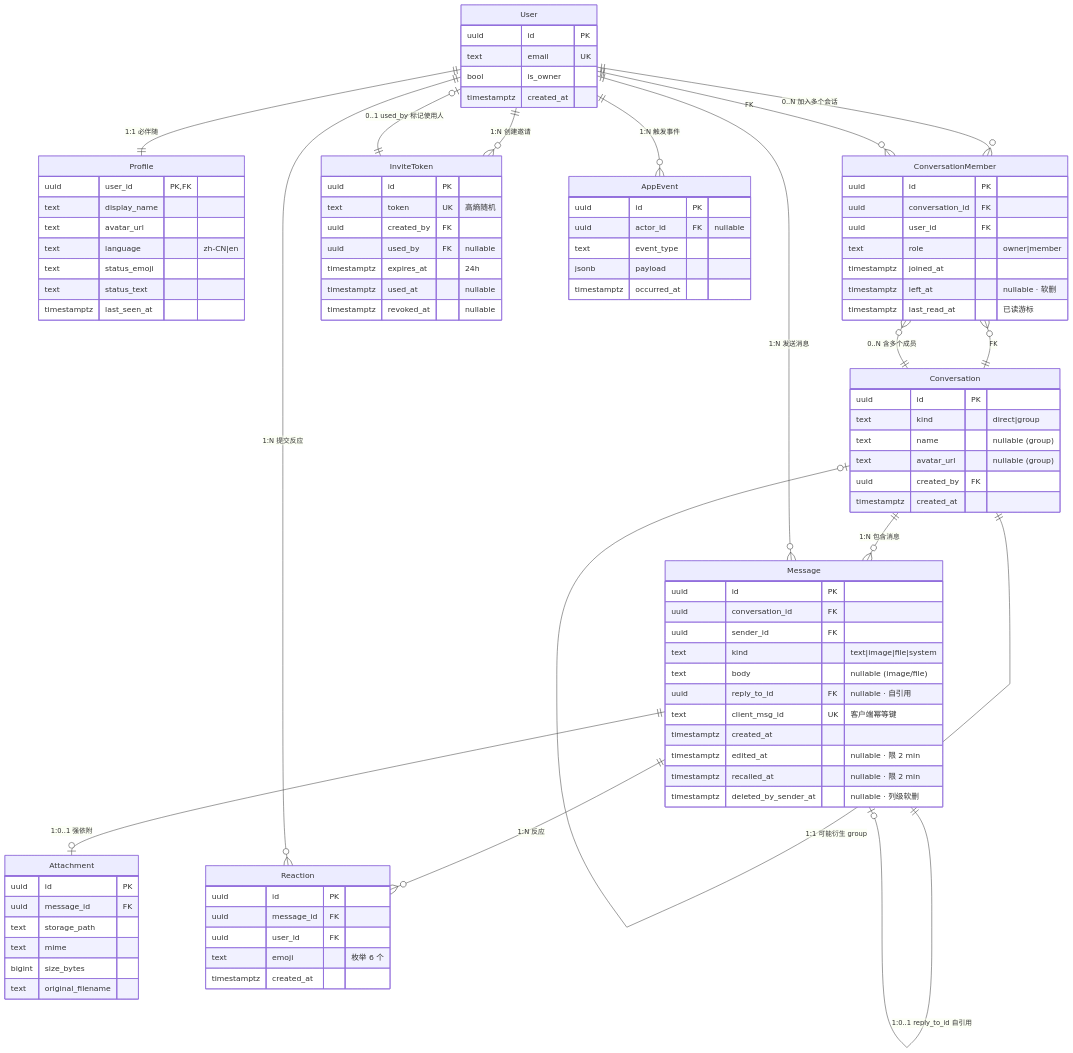
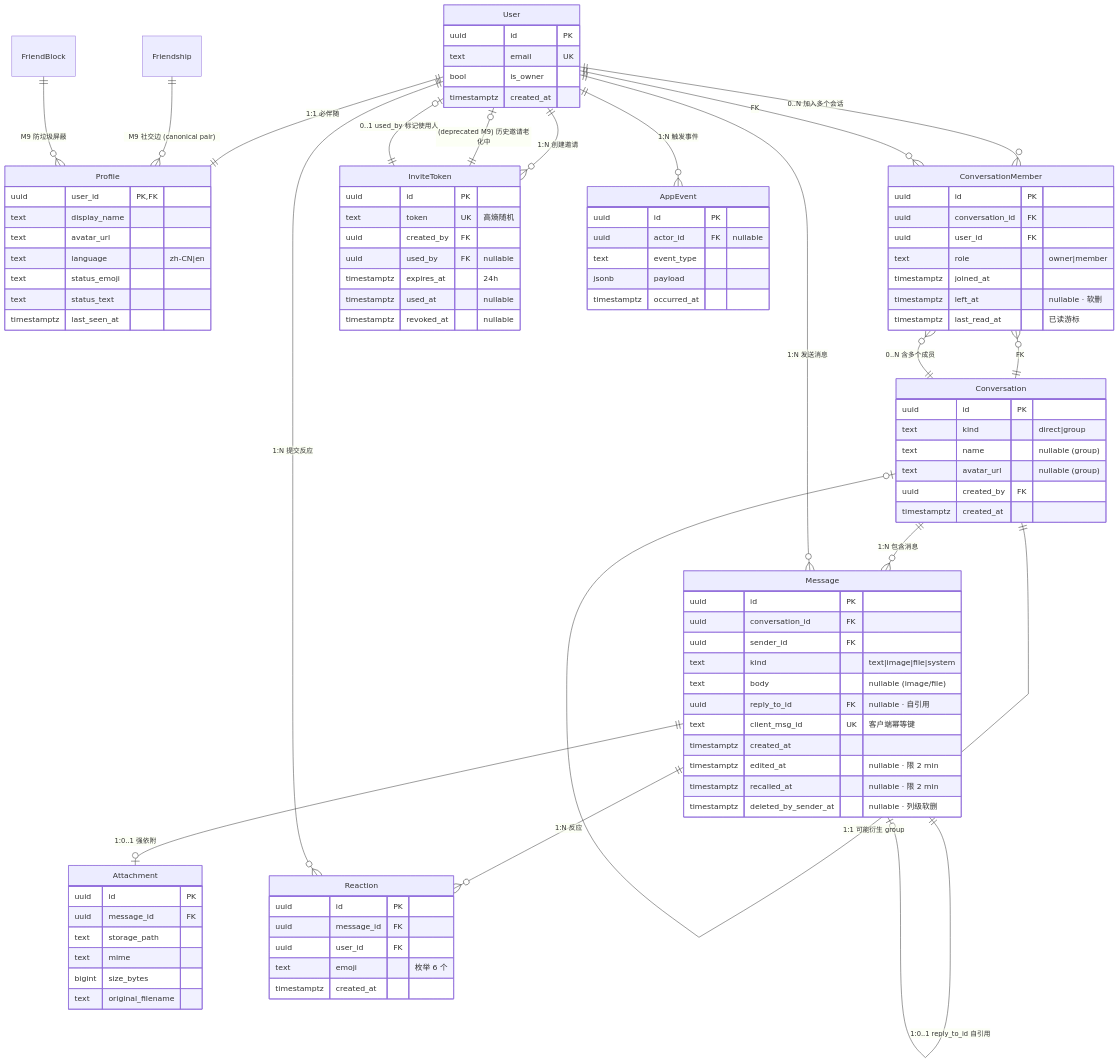
One commit to yx368491-cpu/Nook changed the diagram in docs/02_Architecture/Nook-DATA-MODEL.md. Above: the diagram before and after it, drawn with Mermaid. The commit also changed other lines of this file and 1 other file, not shown here.

```diff
--- a/docs/02_Architecture/Nook-DATA-MODEL.md
+++ b/docs/02_Architecture/Nook-DATA-MODEL.md
@@ -90,6 +93,9 @@
     Message ||--o| Message : "1:0..1 reply_to_id 自引用"
     User ||--o{ Reaction : "1:N 提交反应"
     User ||--o{ InviteToken : "1:N 创建邀请"
+    InviteToken ||--o| User : "(deprecated M9) 历史邀请老化中"
+    Friendship ||--o{ Profile : "M9 社交边 (canonical pair)"
+    FriendBlock ||--o{ Profile : "M9 防垃圾屏蔽"
     InviteToken ||--o| User : "0..1 used_by 标记使用人"
     User ||--o{ AppEvent : "1:N 触发事件"
     ConversationMember }o--|| User : "FK"
```
